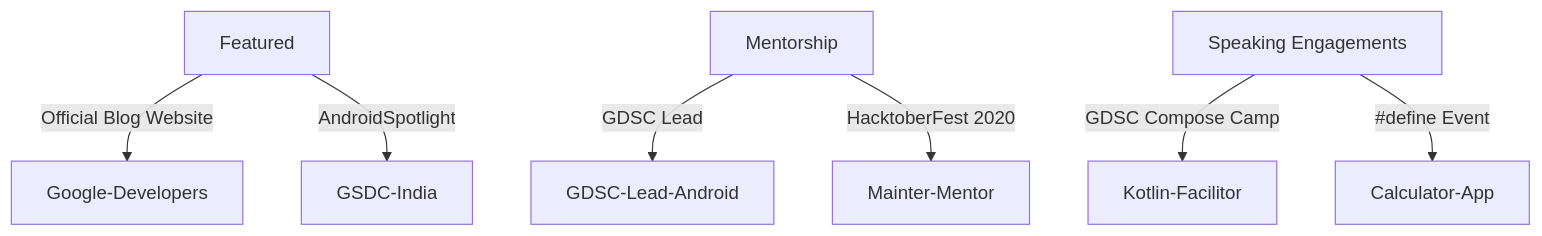
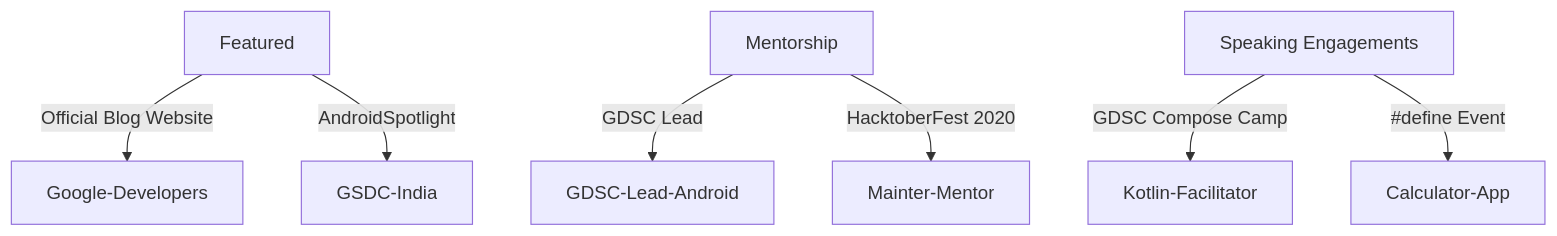
The third of 3 diagrams in README.md (rahulsain/rahulsain), drawn with Mermaid before and after one commit. The commit also changed other lines of this file, not shown here.

````diff
--- a/README.md
+++ b/README.md
@@ -58,18 +63,18 @@
 ```mermaid
 graph TD
   %% Featured Achievements
   feat[Featured]
   feat -->|Official Blog Website| Google-Developers
   feat -->|AndroidSpotlight| GSDC-India
 
   %% Mentorship Roles
   mentor[Mentorship]
   mentor -->|GDSC Lead| GDSC-Lead-Android
   mentor -->|HacktoberFest 2020| Mainter-Mentor
 
   %% Speaking Engagements
   speak[Speaking Engagements]
-  speak -->|GDSC Compose Camp| Kotlin-Facilitor
+  speak -->|GDSC Compose Camp| Kotlin-Facilitator
   speak -->|#define Event| Calculator-App
 
 ```
````
